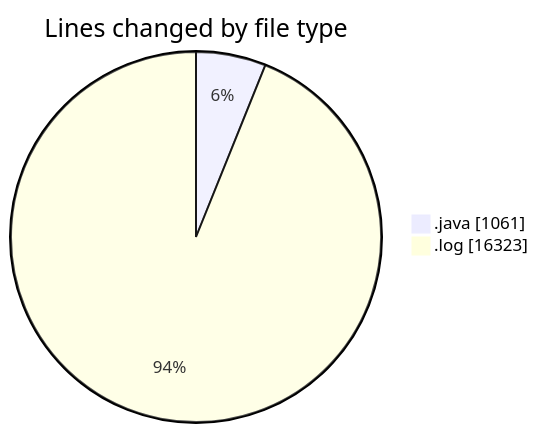
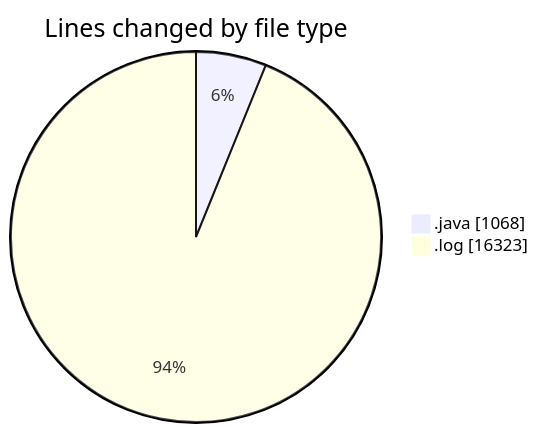
One commit to ricardozamudiocil/code-tracking changed the first of 2 diagrams in 2026-04-07/cilapp/README.md. Above: the diagram before and after it, drawn with Mermaid. The commit also changed other lines of this file and 1 other file, not shown here.

````diff
--- a/2026-04-07/cilapp/README.md
+++ b/2026-04-07/cilapp/README.md
@@ -23,6 +23,6 @@
 ```mermaid
 pie showData
 title Lines changed by file type
-".java" : 1061
+".java" : 1068
 ".log" : 16323
 ```
````
